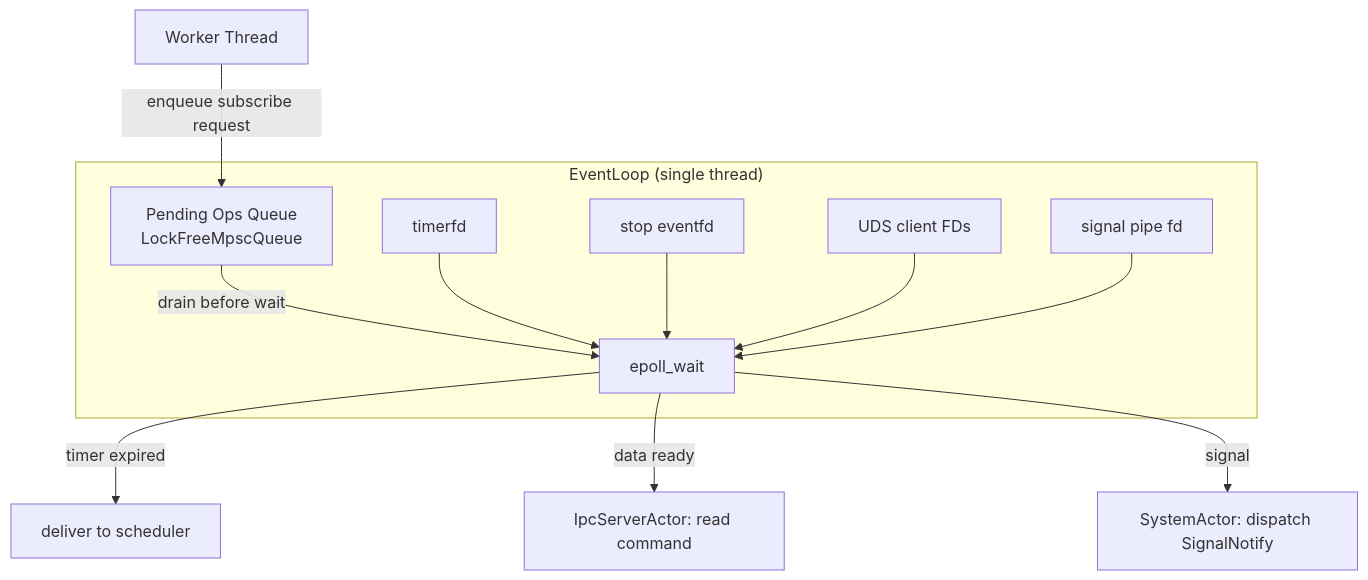
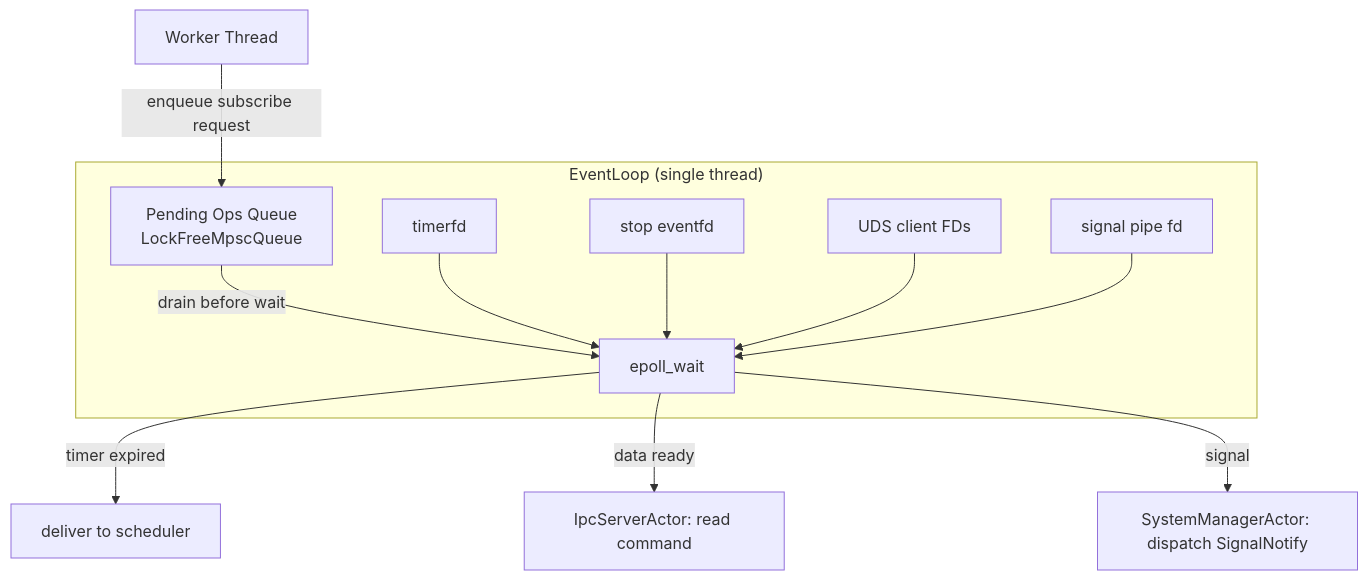
One commit to shoenkh15324/V2-Engine changed the fifth of 9 diagrams in README.md. Above: the diagram before and after it, drawn with Mermaid. The commit also changed other lines of this file and 38 other files, not shown here.

First line of the commit message:
refactor(service): implement data-owner actors + pub/sub data flow on monitor feature

````diff
--- a/README.md
+++ b/README.md
@@ -300,20 +303,20 @@
 ```mermaid
 flowchart TB
     subgraph EL["EventLoop (single thread)"]
         EP[epoll_wait]
         PQ[Pending Ops Queue<br/>LockFreeMpscQueue]
         TF[timerfd]
         SF[stop eventfd]
         UF[UDS client FDs]
         PF[signal pipe fd]
     end
     WorkerThread[Worker Thread] -->|enqueue subscribe request| PQ
     PQ -->|drain before wait| EP
     TF --> EP
     SF --> EP
     UF --> EP
     PF --> EP
     EP -->|timer expired| Timer[deliver to scheduler]
     EP -->|data ready| Ipc[IpcServerActor: read command]
-    EP -->|signal| Sys[SystemActor: dispatch SignalNotify]
+    EP -->|signal| Sys[SystemManagerActor: dispatch SignalNotify]
 ```
````
